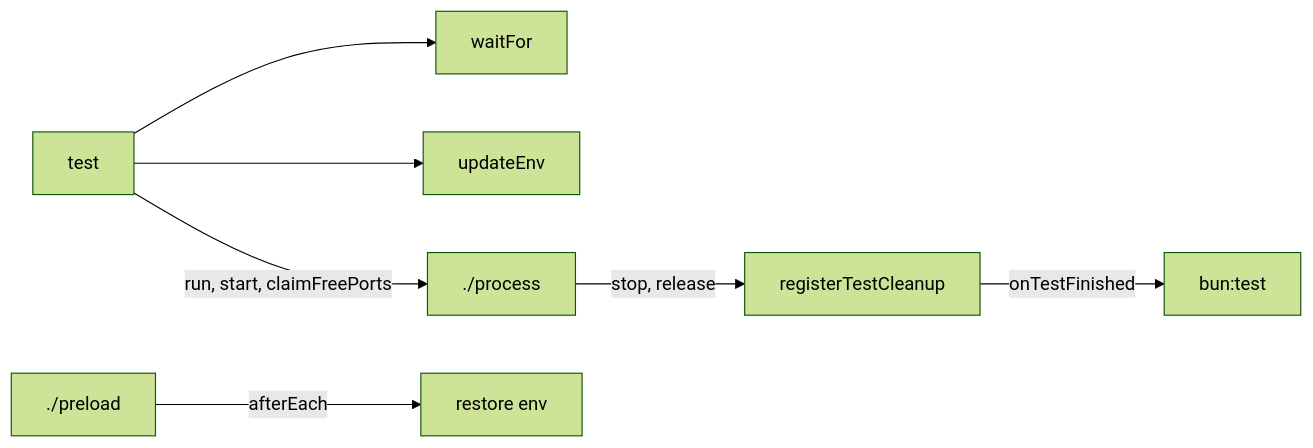
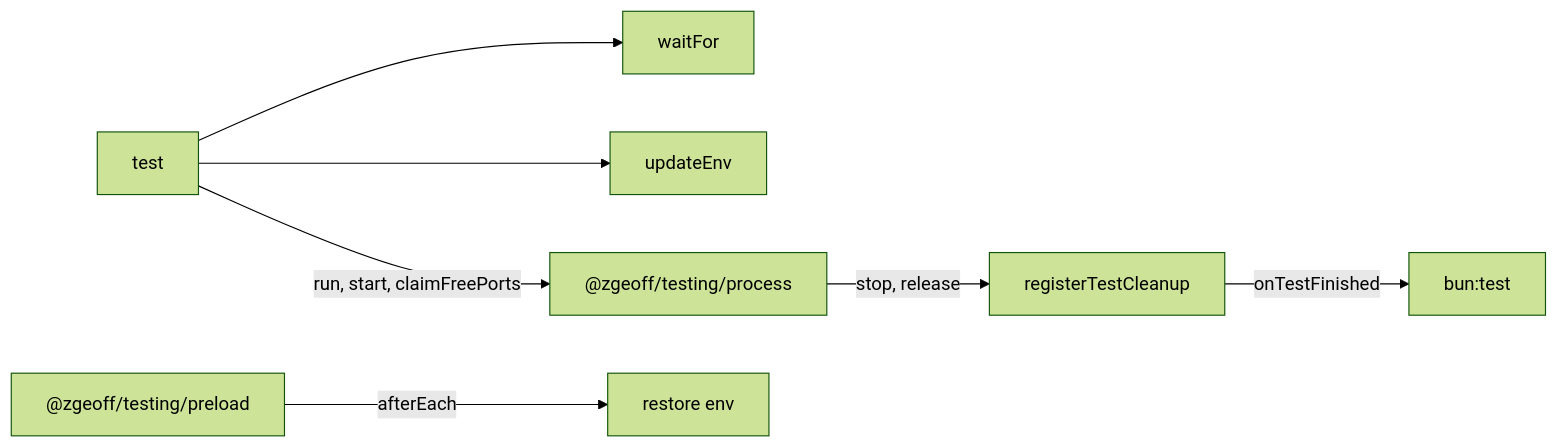
One commit to zgeoff/tools changed the diagram in docs/design/testing-kit/process.md. Above: the diagram before and after it, drawn with Mermaid (forest theme). The commit also changed other lines of this file and 8 other files, not shown here.

Commit message:
docs: redraft the testing kit design after cold reads

````diff
--- a/docs/design/testing-kit/process.md
+++ b/docs/design/testing-kit/process.md
@@ -11,9 +12,9 @@
 ```mermaid
 flowchart LR
   test --> waitFor
   test --> updateEnv
-  test -->|"run, start, claimFreePorts"| process["./process"]
+  test -->|"run, start, claimFreePorts"| process["@zgeoff/testing/process"]
   process -->|"stop, release"| cleanup[registerTestCleanup]
-  preload["./preload"] -->|"afterEach"| restore[restore env]
+  preload["@zgeoff/testing/preload"] -->|"afterEach"| restore[restore env]
   cleanup -->|"onTestFinished"| bun[bun:test]
 ```
````
